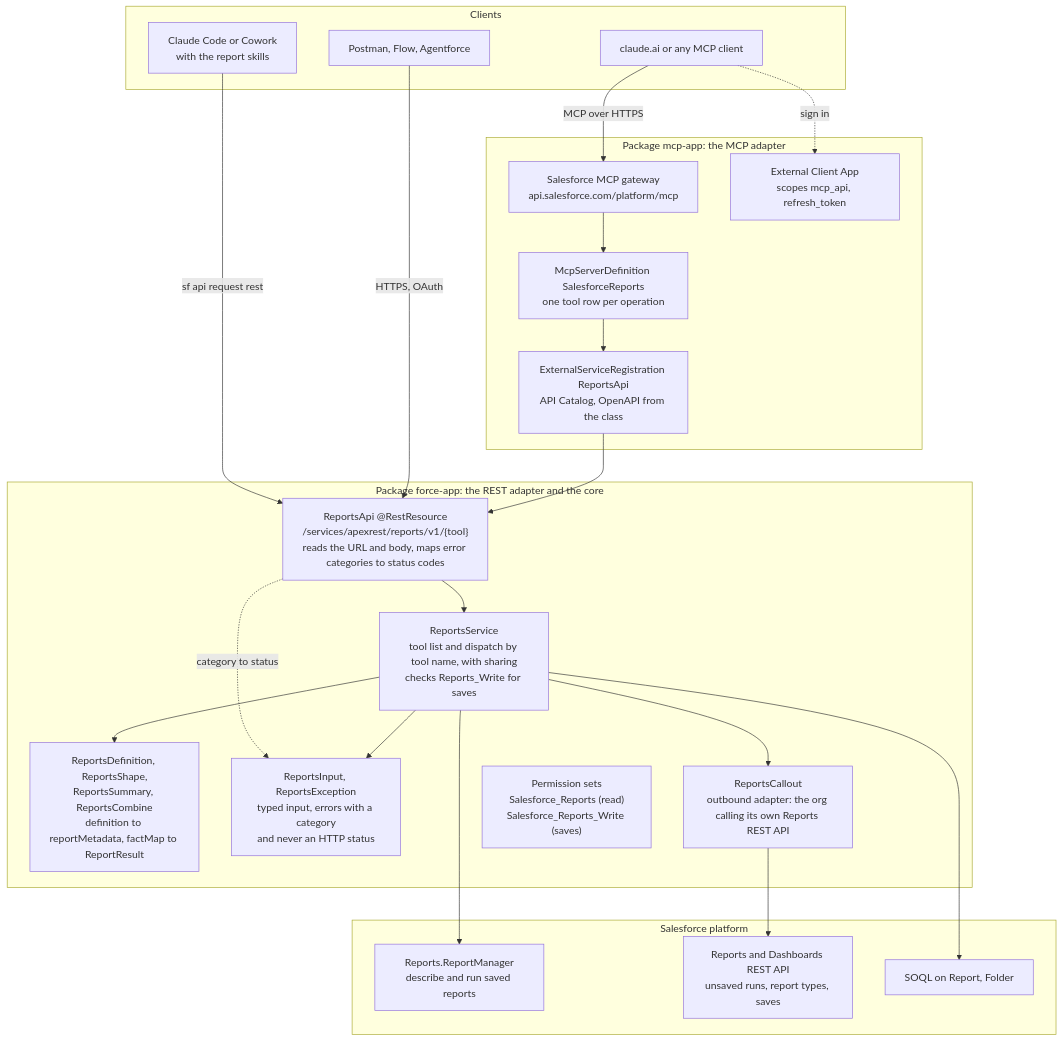
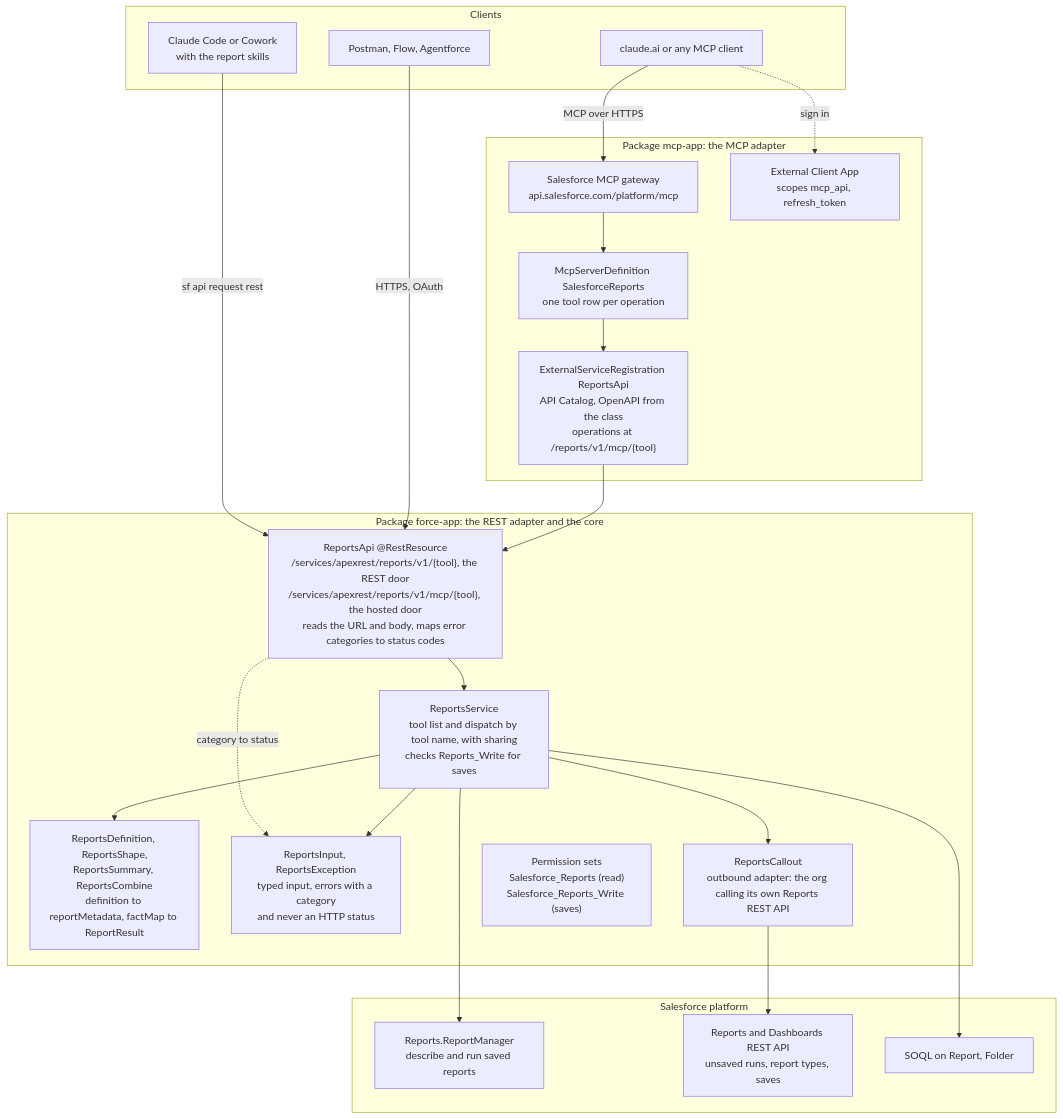
The first of 5 diagrams in docs/architecture.md (nelsben/salesforce-reports-mcp), drawn with Mermaid before and after one commit. The commit also changed other lines of this file and 15 other files, not shown here.

First line of the commit message:
salesforce: give the hosted MCP door its own route, answer CALLOUT_SESSION there

````diff
--- a/docs/architecture.md
+++ b/docs/architecture.md
@@ -21,43 +21,43 @@
 ```mermaid
 flowchart TB
   subgraph clients [Clients]
     CC["Claude Code or Cowork<br/>with the report skills"]
     AI["claude.ai or any MCP client"]
     HTTP["Postman, Flow, Agentforce"]
   end
 
   subgraph mcpapp [Package mcp-app: the MCP adapter]
     GW["Salesforce MCP gateway<br/>api.salesforce.com/platform/mcp"]
     DEF["McpServerDefinition SalesforceReports<br/>one tool row per operation"]
-    ESR["ExternalServiceRegistration ReportsApi<br/>API Catalog, OpenAPI from the class"]
+    ESR["ExternalServiceRegistration ReportsApi<br/>API Catalog, OpenAPI from the class<br/>operations at /reports/v1/mcp/{tool}"]
     ECA["External Client App<br/>scopes mcp_api, refresh_token"]
   end
 
   subgraph forceapp [Package force-app: the REST adapter and the core]
-    API["ReportsApi @RestResource<br/>/services/apexrest/reports/v1/{tool}<br/>reads the URL and body, maps error categories to status codes"]
+    API["ReportsApi @RestResource<br/>/services/apexrest/reports/v1/{tool}, the REST door<br/>/services/apexrest/reports/v1/mcp/{tool}, the hosted door<br/>reads the URL and body, maps error categories to status codes"]
     SVC["ReportsService<br/>tool list and dispatch by tool name, with sharing<br/>checks Reports_Write for saves"]
     SHAPE["ReportsDefinition, ReportsShape,<br/>ReportsSummary, ReportsCombine<br/>definition to reportMetadata, factMap to ReportResult"]
     ERR["ReportsInput, ReportsException<br/>typed input, errors with a category<br/>and never an HTTP status"]
     CALL["ReportsCallout<br/>outbound adapter: the org calling its own Reports REST API"]
     PS["Permission sets<br/>Salesforce_Reports (read)<br/>Salesforce_Reports_Write (saves)"]
   end
 
   subgraph platform [Salesforce platform]
     RM["Reports.ReportManager<br/>describe and run saved reports"]
     REST["Reports and Dashboards REST API<br/>unsaved runs, report types, saves"]
     SOQL["SOQL on Report, Folder"]
   end
 
   CC -->|sf api request rest| API
   HTTP -->|HTTPS, OAuth| API
   AI -->|MCP over HTTPS| GW
   GW --> DEF --> ESR --> API
   AI -.->|sign in| ECA
   API --> SVC
   API -.->|category to status| ERR
   SVC --> SHAPE
   SVC --> ERR
   SVC --> RM
   SVC --> SOQL
   SVC --> CALL --> REST
 ```
````
